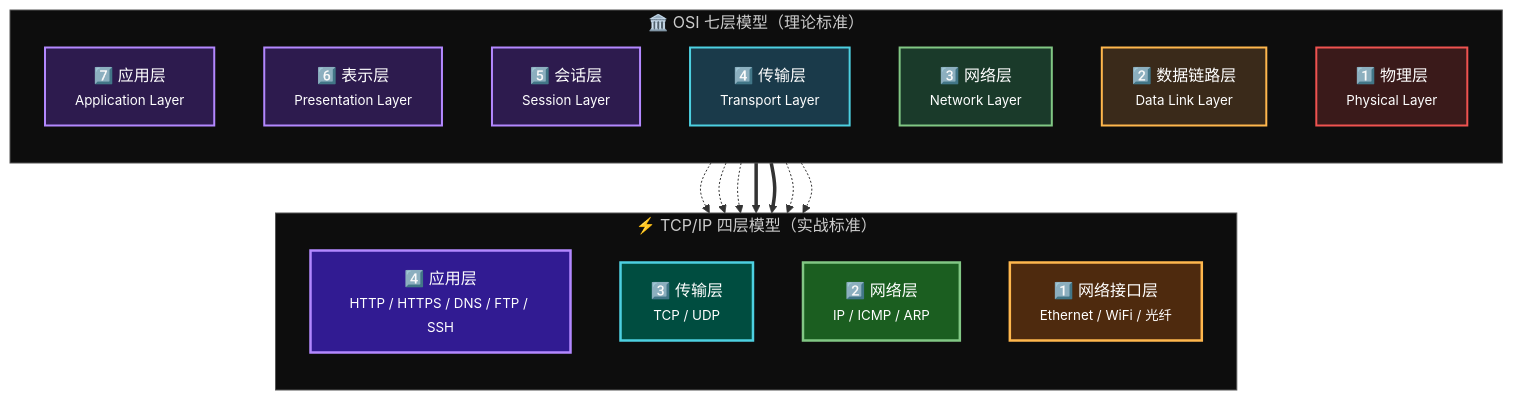
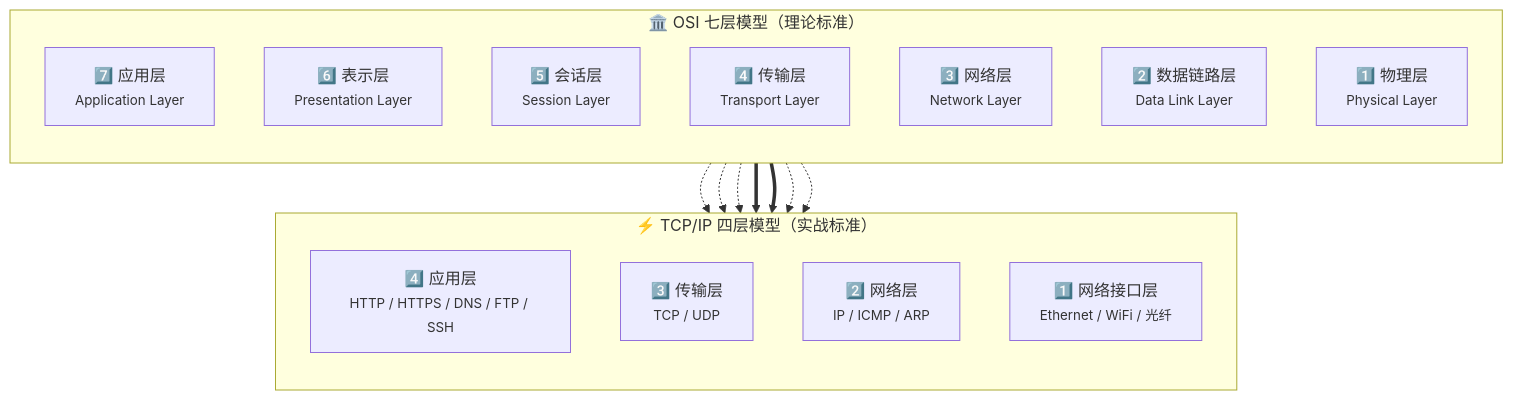
One commit to TheSilentOne-creator/The-Book-of-the-Night-Keeper changed diagram 12 of 14 in 中文 (Chinese)/05. 这才是网络安全 (全六季)/1. 这才是网络安全·第一季：筑基/1. 这才是网络安全·第一季：筑基.md. Above: the diagram before and after it, drawn with Mermaid. The commit also changed other lines of this file and 1 other file, not shown here.

````diff
--- a/中文 (Chinese)/05. 这才是网络安全 (全六季)/1. 这才是网络安全·第一季：筑基/1. 这才是网络安全·第一季：筑基.md
+++ b/中文 (Chinese)/05. 这才是网络安全 (全六季)/1. 这才是网络安全·第一季：筑基/1. 这才是网络安全·第一季：筑基.md
@@ -3177,45 +3170,29 @@
 ```mermaid
 flowchart TD
     subgraph OSI["🏛️ OSI 七层模型（理论标准）"]
         direction TB
         O7["7️⃣ 应用层<br><small>Application Layer</small>"]
         O6["6️⃣ 表示层<br><small>Presentation Layer</small>"]
         O5["5️⃣ 会话层<br><small>Session Layer</small>"]
         O4["4️⃣ 传输层<br><small>Transport Layer</small>"]
         O3["3️⃣ 网络层<br><small>Network Layer</small>"]
         O2["2️⃣ 数据链路层<br><small>Data Link Layer</small>"]
         O1["1️⃣ 物理层<br><small>Physical Layer</small>"]
     end
 
     subgraph TCPIP["⚡ TCP/IP 四层模型（实战标准）"]
         direction TB
         T4["4️⃣ 应用层<br><small>HTTP / HTTPS / DNS / FTP / SSH</small>"]
         T3["3️⃣ 传输层<br><small>TCP / UDP</small>"]
         T2["2️⃣ 网络层<br><small>IP / ICMP / ARP</small>"]
         T1["1️⃣ 网络接口层<br><small>Ethernet / WiFi / 光纤</small>"]
     end
 
     O7 -.-> T4
     O6 -.-> T4
     O5 -.-> T4
     O4 ==> T3
     O3 ==> T2
     O2 -.-> T1
     O1 -.-> T1
-
-    style O7 fill:#2d1b4e,stroke:#b388ff,stroke-width:2px,color:#fff
-    style O6 fill:#2d1b4e,stroke:#b388ff,stroke-width:2px,color:#fff
-    style O5 fill:#2d1b4e,stroke:#b388ff,stroke-width:2px,color:#fff
-    style O4 fill:#1a3a4a,stroke:#4dd0e1,stroke-width:2px,color:#fff
-    style O3 fill:#1a3a2a,stroke:#81c784,stroke-width:2px,color:#fff
-    style O2 fill:#3a2a1a,stroke:#ffb74d,stroke-width:2px,color:#fff
-    style O1 fill:#3a1a1a,stroke:#ef5350,stroke-width:2px,color:#fff
-
-    style T4 fill:#311b92,stroke:#b388ff,stroke-width:2.5px,color:#fff
-    style T3 fill:#004d40,stroke:#4dd0e1,stroke-width:2.5px,color:#fff
-    style T2 fill:#1b5e20,stroke:#81c784,stroke-width:2.5px,color:#fff
-    style T1 fill:#4e2a0e,stroke:#ffb74d,stroke-width:2.5px,color:#fff
-
-    style OSI fill:#0d0d0d,stroke:#555,stroke-width:1px,color:#ccc
-    style TCPIP fill:#0d0d0d,stroke:#555,stroke-width:1px,color:#ccc
 ```
````
